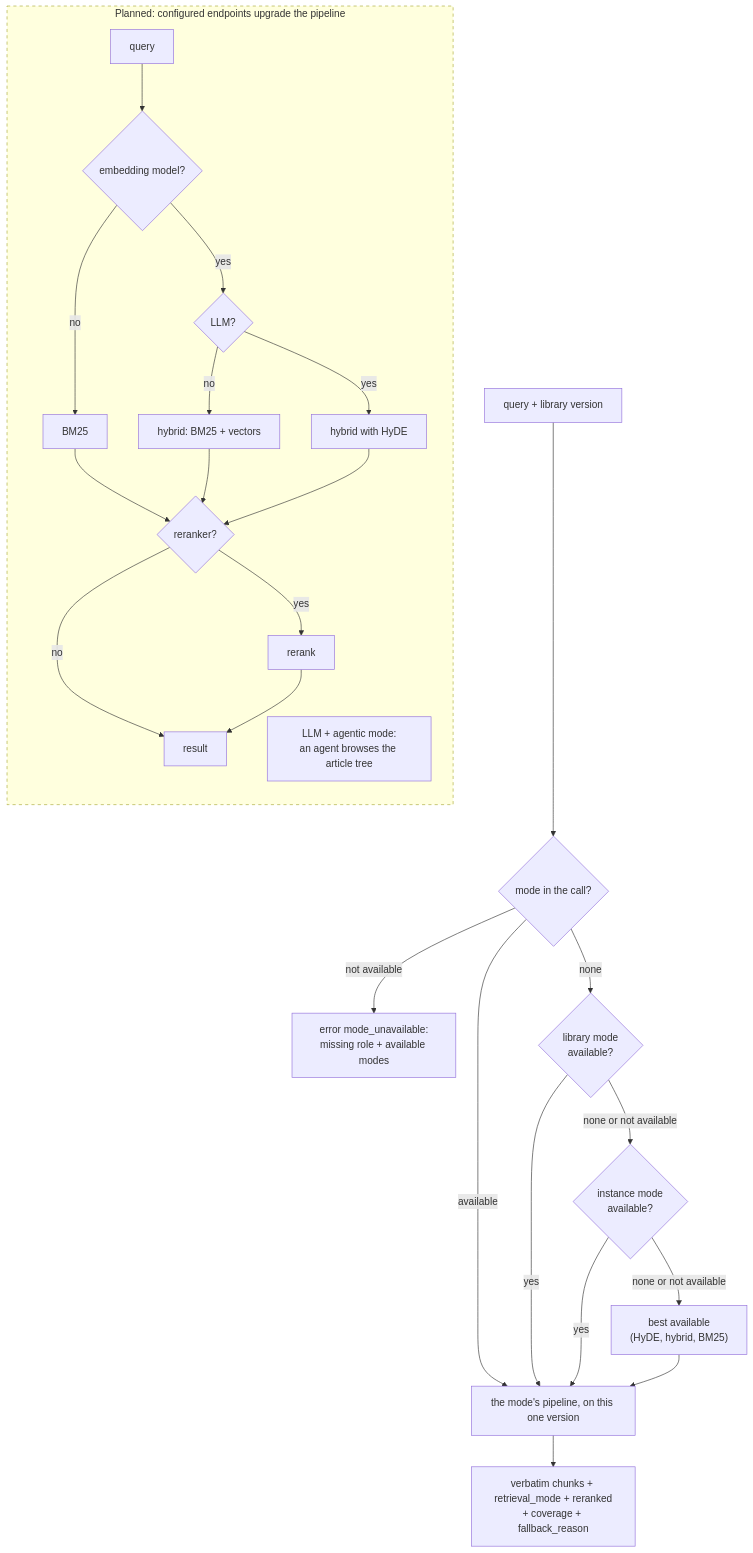
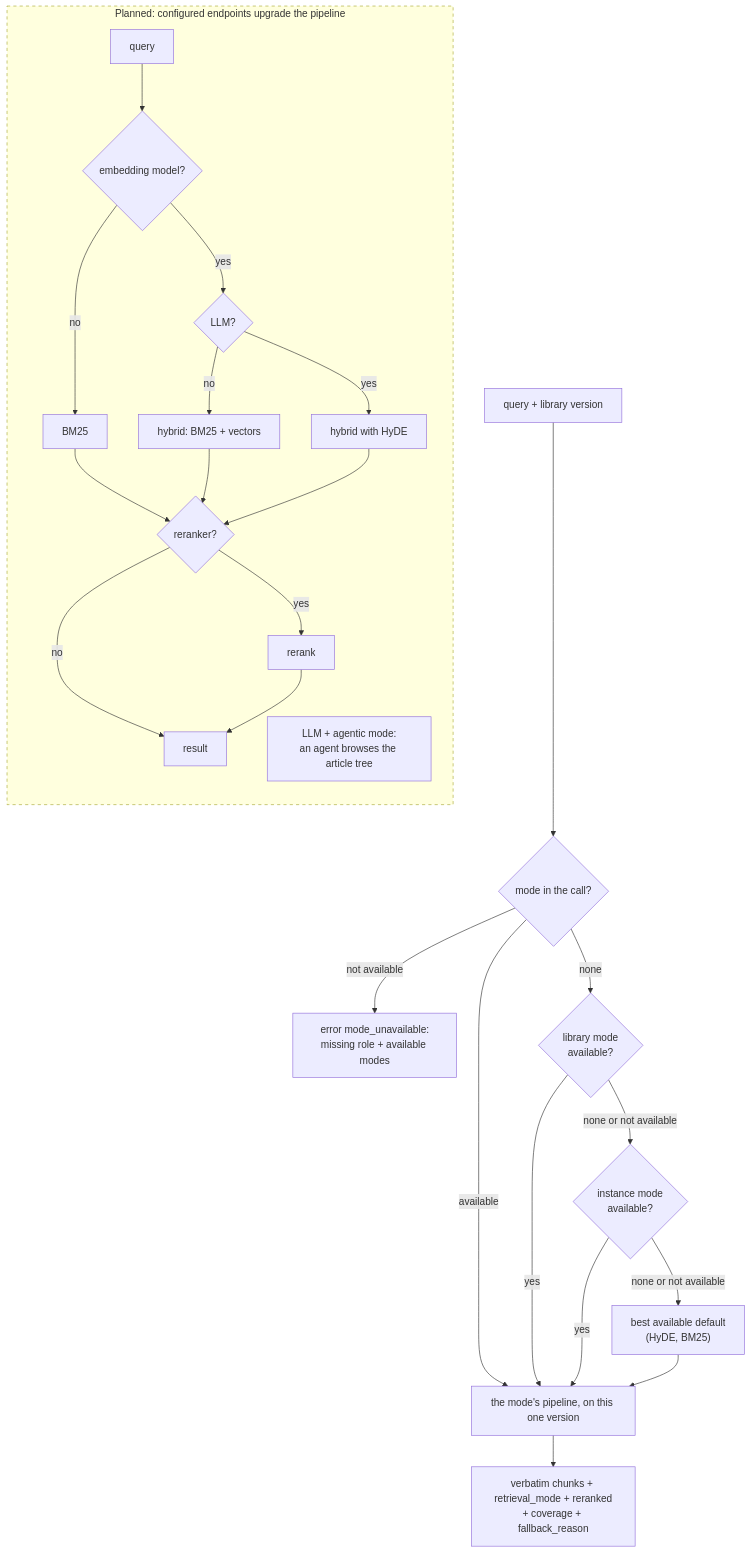
One commit to SirCypkowskyy/ExactDocs changed the fourth of 5 diagrams in docs/flows.md. Above: the diagram before and after it, drawn with Mermaid. The commit also changed other lines of this file and 34 other files, not shown here.

````diff
--- a/docs/flows.md
+++ b/docs/flows.md
@@ -155,30 +160,30 @@
 ```mermaid
 flowchart TD
     q["query + library version"] --> asked{"mode in the call?"}
     asked -->|"available"| run
     asked -->|"not available"| err["error mode_unavailable:<br/>missing role + available modes"]
     asked -->|"none"| lib{"library mode<br/>available?"}
     lib -->|yes| run
     lib -->|"none or not available"| inst{"instance mode<br/>available?"}
     inst -->|yes| run
-    inst -->|"none or not available"| best["best available<br/>(HyDE, hybrid, BM25)"]
+    inst -->|"none or not available"| best["best available default<br/>(HyDE, BM25)"]
     best --> run
     run["the mode's pipeline, on this one version"] --> out["verbatim chunks + retrieval_mode + reranked<br/>+ coverage + fallback_reason"]
 
     subgraph planned ["Planned: configured endpoints upgrade the pipeline"]
         direction TB
         start["query"] --> emb
         emb{"embedding model?"} -->|no| bm25p["BM25"]
         emb -->|yes| llm{"LLM?"}
         llm -->|no| hyb["hybrid: BM25 + vectors"]
         llm -->|yes| hyde["hybrid with HyDE"]
         bm25p --> rr
         hyb --> rr
         hyde --> rr
         rr{"reranker?"} -->|yes| rerank["rerank"]
         rr -->|no| done["result"]
         rerank --> done
         agentic["LLM + agentic mode:<br/>an agent browses the article tree"]
     end
     style planned stroke-dasharray: 5 5
 ```
````
